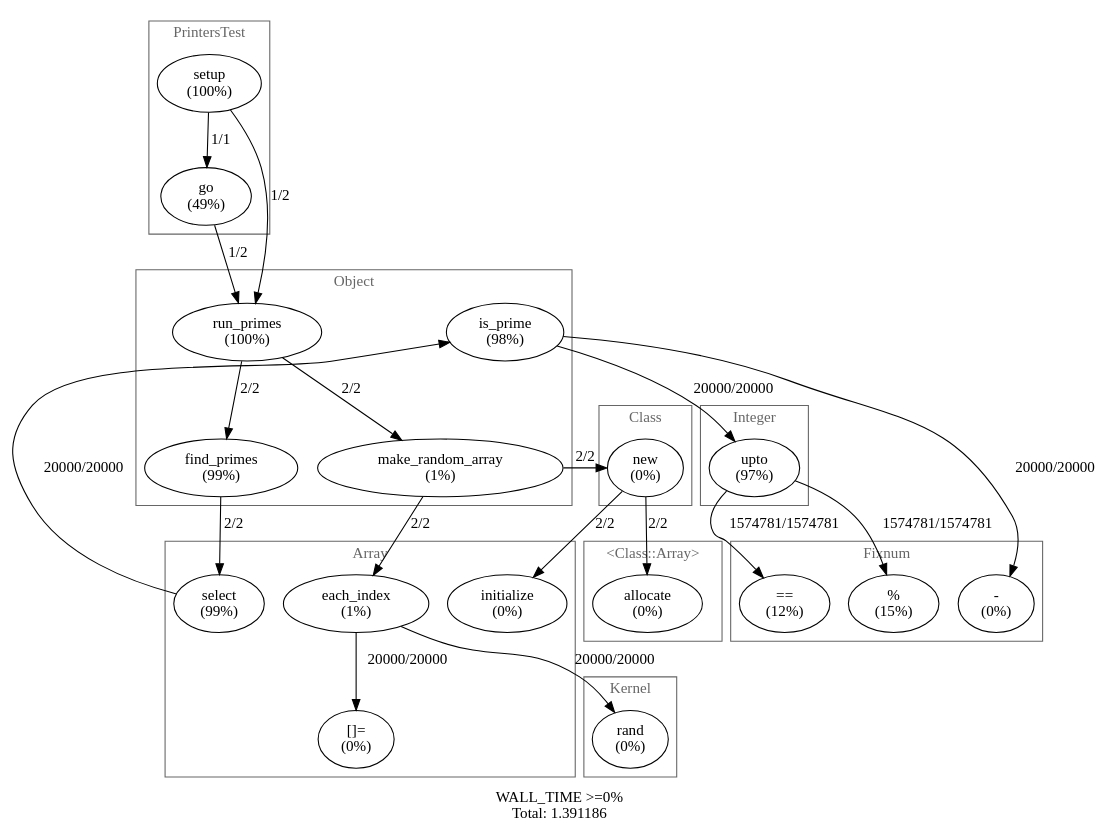
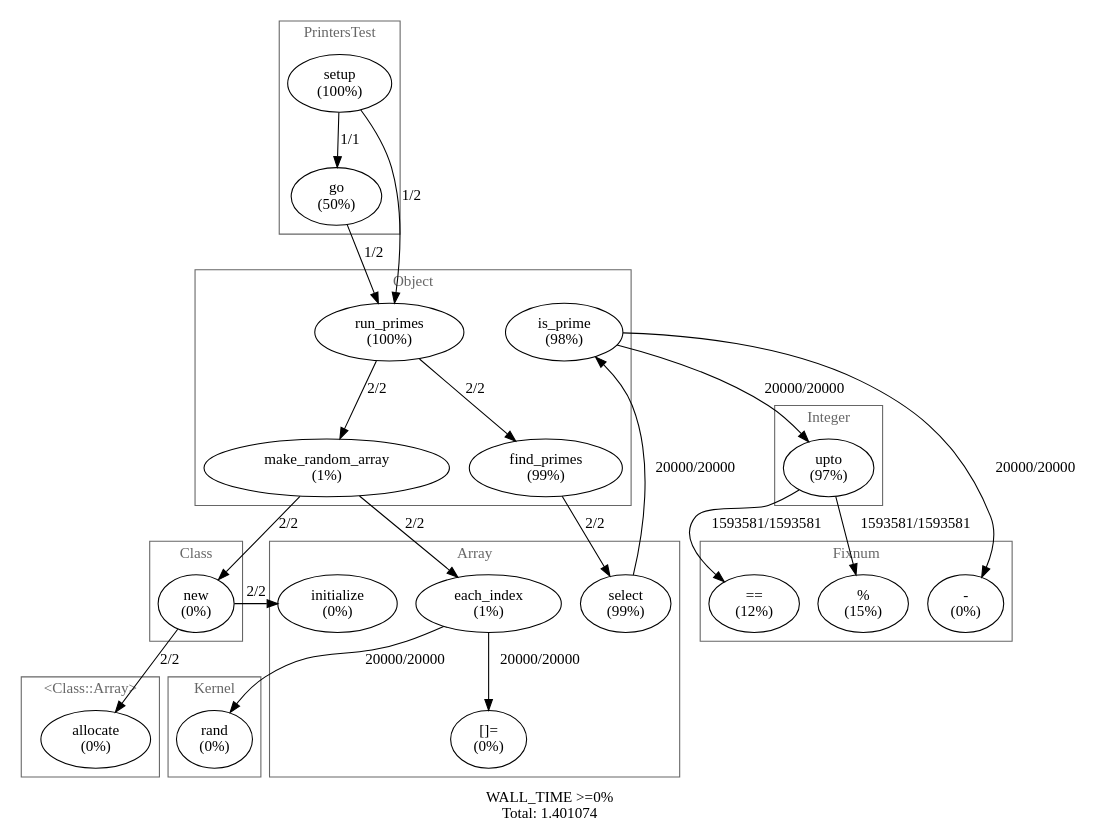
One commit to ruby-prof/ruby-prof changed the diagram in examples/graph.dot. Above: the diagram before and after it, drawn with Graphviz. The commit also changed 1 other file, not shown here.

```diff
--- a/examples/graph.dot
+++ b/examples/graph.dot
@@ -1,96 +1,96 @@
 digraph "Profile" {
-label="WALL_TIME >=0%\nTotal: 1.391186"
+label="WALL_TIME >=0%\nTotal: 1.401074"
 subgraph "Thread 2148237740" {
-2159423900 [label="[]=\n(0%)"];
-2159423980 [label="find_primes\n(99%)"];
-2159423980 -> 2159424740 [label="2/2"];
-2159424040 [label="setup\n(100%)"];
-2159424040 -> 2159424660 [label="1/2"];
-2159424040 -> 2159424420 [label="1/1"];
-2159424120 [label="%\n(15%)"];
-2159424200 [label="new\n(0%)"];
-2159424200 -> 2159424500 [label="2/2"];
-2159424200 -> 2159424980 [label="2/2"];
-2159424280 [label="rand\n(0%)"];
-2159424360 [label="-\n(0%)"];
-2159424420 [label="go\n(49%)"];
-2159424420 -> 2159424660 [label="1/2"];
-2159424500 [label="initialize\n(0%)"];
-2159424580 [label="each_index\n(1%)"];
-2159424580 -> 2159424280 [label="20000/20000"];
-2159424580 -> 2159423900 [label="20000/20000"];
-2159424660 [label="run_primes\n(100%)"];
-2159424660 -> 2159423980 [label="2/2"];
-2159424660 -> 2159424820 [label="2/2"];
-2159424740 [label="select\n(99%)"];
-2159424740 -> 2159425060 [label="20000/20000"];
-2159424820 [label="make_random_array\n(1%)"];
-2159424820 -> 2159424580 [label="2/2"];
-2159424820 -> 2159424200 [label="2/2"];
-2159424900 [label="upto\n(97%)"];
-2159424900 -> 2159424120 [label="1574781/1574781"];
-2159424900 -> 2159425220 [label="1574781/1574781"];
-2159424980 [label="allocate\n(0%)"];
-2159425060 [label="is_prime\n(98%)"];
-2159425060 -> 2159424900 [label="20000/20000"];
-2159425060 -> 2159424360 [label="20000/20000"];
-2159425220 [label="==\n(12%)"];
+2159428720 [label="run_primes\n(100%)"];
+2159428720 -> 2159429580 [label="2/2"];
+2159428720 -> 2159428880 [label="2/2"];
+2159428800 [label="[]=\n(0%)"];
+2159428880 [label="make_random_array\n(1%)"];
+2159428880 -> 2159429420 [label="2/2"];
+2159428880 -> 2159429040 [label="2/2"];
+2159428960 [label="%\n(15%)"];
+2159429040 [label="new\n(0%)"];
+2159429040 -> 2159429340 [label="2/2"];
+2159429040 -> 2159429820 [label="2/2"];
+2159429120 [label="rand\n(0%)"];
+2159429200 [label="-\n(0%)"];
+2159429260 [label="setup\n(100%)"];
+2159429260 -> 2159430040 [label="1/1"];
+2159429260 -> 2159428720 [label="1/2"];
+2159429340 [label="initialize\n(0%)"];
+2159429420 [label="each_index\n(1%)"];
+2159429420 -> 2159429120 [label="20000/20000"];
+2159429420 -> 2159428800 [label="20000/20000"];
+2159429500 [label="is_prime\n(98%)"];
+2159429500 -> 2159429740 [label="20000/20000"];
+2159429500 -> 2159429200 [label="20000/20000"];
+2159429580 [label="find_primes\n(99%)"];
+2159429580 -> 2159429660 [label="2/2"];
+2159429660 [label="select\n(99%)"];
+2159429660 -> 2159429500 [label="20000/20000"];
+2159429740 [label="upto\n(97%)"];
+2159429740 -> 2159428960 [label="1593581/1593581"];
+2159429740 -> 2159429920 [label="1593581/1593581"];
+2159429820 [label="allocate\n(0%)"];
+2159429920 [label="==\n(12%)"];
+2159430040 [label="go\n(50%)"];
+2159430040 -> 2159428720 [label="1/2"];
 }
-subgraph cluster_2159099520 {
+subgraph cluster_2159104080 {
 label = "Object";
 fontcolor = "#666666";
 color = "#666666";
-2159425060;
-2159424820;
-2159424660;
-2159423980;
+2159429580;
+2159429500;
+2159428880;
+2159428720;
 }
-subgraph cluster_2159099380 {
+subgraph cluster_2159104200 {
 label = "Integer";
 fontcolor = "#666666";
 color = "#666666";
-2159424900;
+2159429740;
 }
-subgraph cluster_2159099220 {
+subgraph cluster_2159104380 {
 label = "PrintersTest";
 fontcolor = "#666666";
 color = "#666666";
-2159424420;
-2159424040;
+2159430040;
+2159429260;
 }
-subgraph cluster_2159099300 {
+subgraph cluster_2159104140 {
 label = "Array";
 fontcolor = "#666666";
 color = "#666666";
-2159424740;
-2159424580;
-2159424500;
-2159423900;
+2159429660;
+2159429420;
+2159429340;
+2159428800;
 }
-subgraph cluster_2159099460 {
+subgraph cluster_2159104280 {
 label = "<Class::Array>";
 fontcolor = "#666666";
 color = "#666666";
-2159424980;
+2159429820;
 }
-subgraph cluster_2159099040 {
+subgraph cluster_2159103860 {
 label = "Class";
 fontcolor = "#666666";
 color = "#666666";
-2159424200;
+2159429040;
 }
-subgraph cluster_2159099100 {
+subgraph cluster_2159104000 {
 label = "Kernel";
 fontcolor = "#666666";
 color = "#666666";
-2159424280;
+2159429120;
 }
-subgraph cluster_2159099580 {
+subgraph cluster_2159104340 {
 label = "Fixnum";
 fontcolor = "#666666";
 color = "#666666";
-2159425220;
-2159424360;
-2159424120;
+2159429920;
+2159429200;
+2159428960;
 }
 }
```
